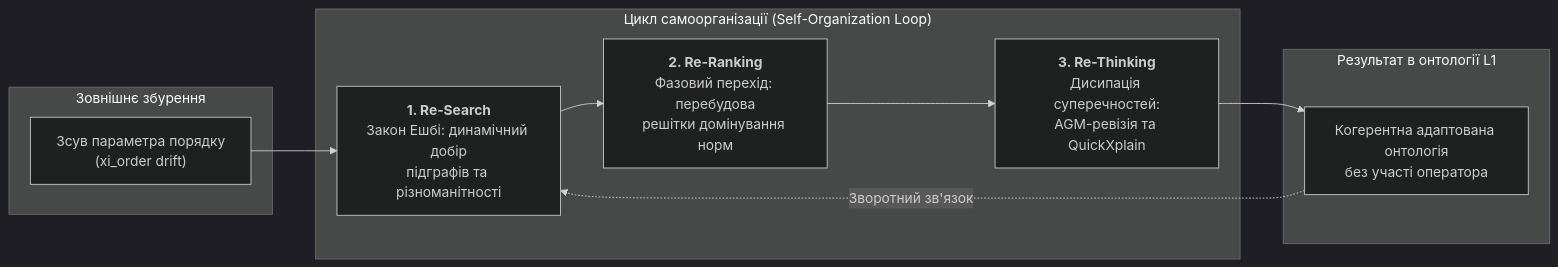
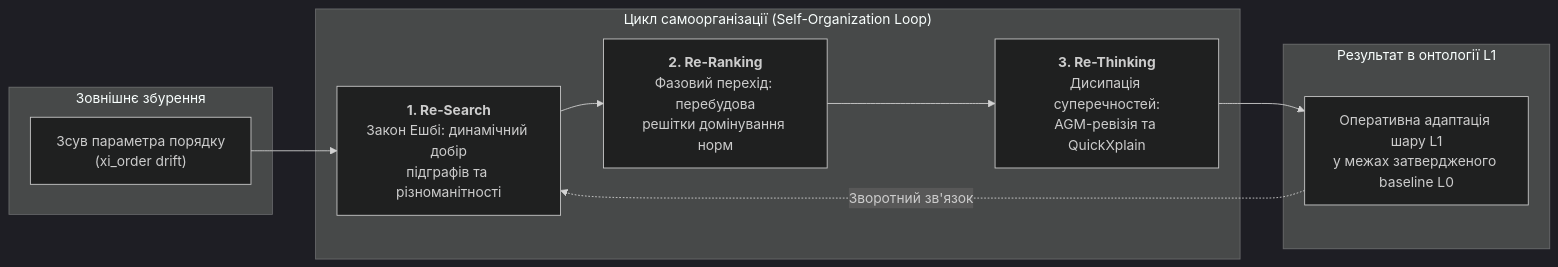
Before and after one commit to nick-fedchik/articles: the fifth of 6 diagrams in ExpertSystem/ch35-self-organizing-expert-systems-synergetics-and-npu-runtime.md, drawn with Mermaid (dark theme). The commit also changed other lines of this file and 375 other files, not shown here.

````diff
--- a/ExpertSystem/ch35-self-organizing-expert-systems-synergetics-and-npu-runtime.md
+++ b/ExpertSystem/ch35-self-organizing-expert-systems-synergetics-and-npu-runtime.md
@@ -320,22 +321,22 @@
 ```mermaid
 flowchart LR
     subgraph "Зовнішнє збурення"
         P["Зсув параметра порядку<br/>(xi_order drift)"]
     end
 
     subgraph "Цикл самоорганізації (Self-Organization Loop)"
         RS["<b>1. Re-Search</b><br/>Закон Ешбі: динамічний добір<br/>підграфів та різноманітності"]
         RR["<b>2. Re-Ranking</b><br/>Фазовий перехід: перебудова<br/>решітки домінування норм"]
         RT["<b>3. Re-Thinking</b><br/>Дисипація суперечностей:<br/>AGM-ревізія та QuickXplain"]
     end
 
     subgraph "Результат в онтології L1"
-        KB["Когерентна адаптована онтологія<br/>без участі оператора"]
+        KB["Оперативна адаптація шару L1<br/>у межах затвердженого baseline L0"]
     end
 
     P --> RS
     RS --> RR
     RR --> RT
     RT --> KB
     KB -.->|"Зворотний зв'язок"| RS
 ```
````
